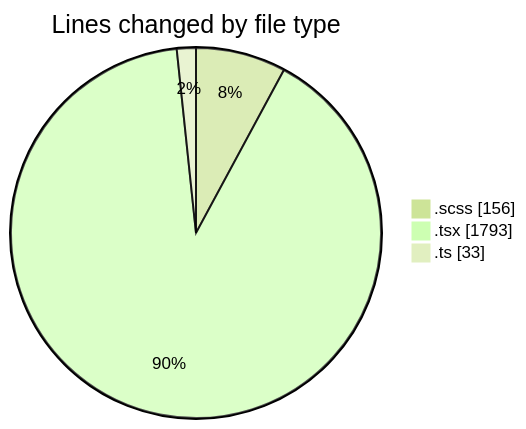
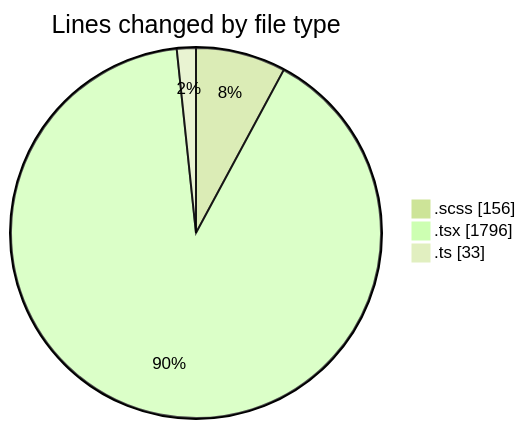
Before and after one commit to momahboobian/code-tracking: the first of 2 diagrams in 2025-02-10/cda/README.md, drawn with Mermaid (forest theme). The commit also changed other lines of this file and 1 other file, not shown here.

````diff
--- a/2025-02-10/cda/README.md
+++ b/2025-02-10/cda/README.md
@@ -25,7 +25,7 @@
 ```mermaid
 pie showData
 title Lines changed by file type
 ".scss" : 156
-".tsx" : 1793
+".tsx" : 1796
 ".ts" : 33
 ```
````
